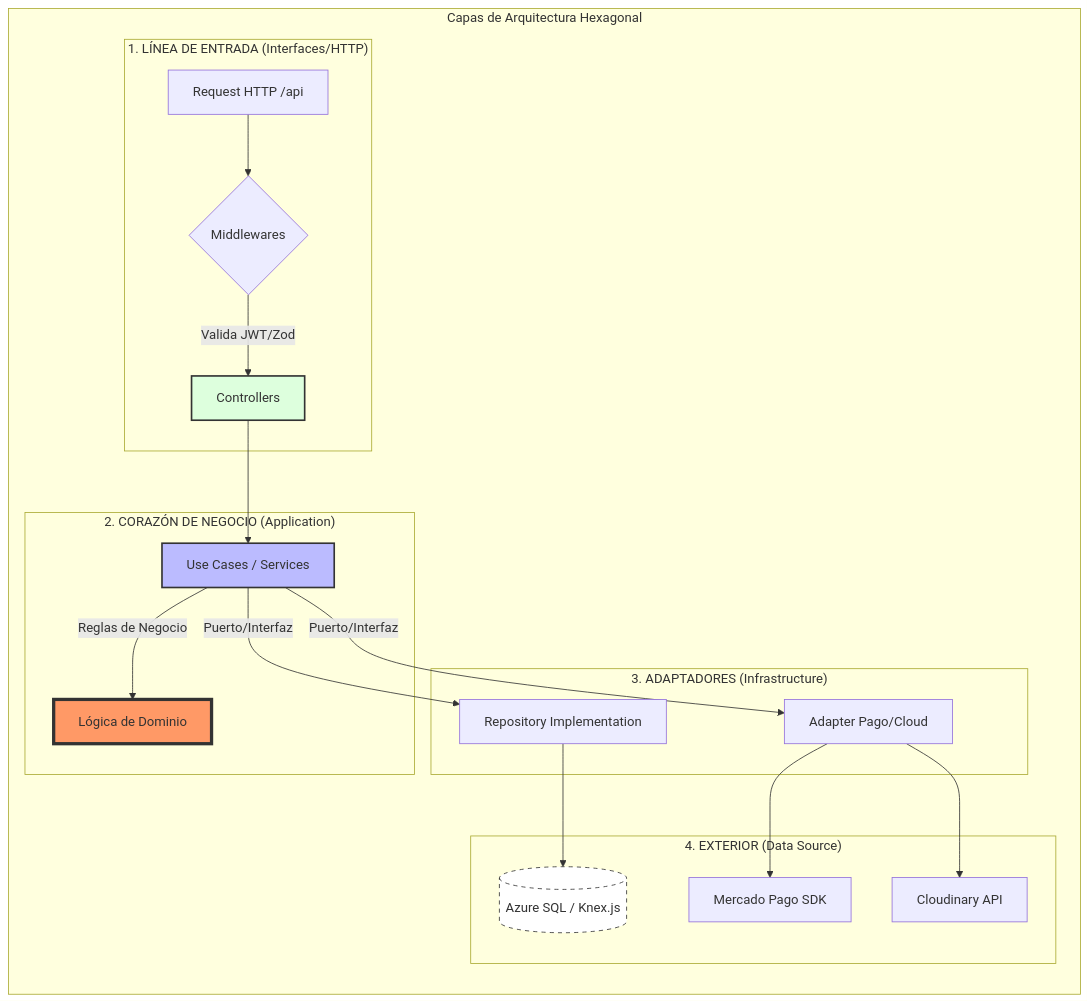
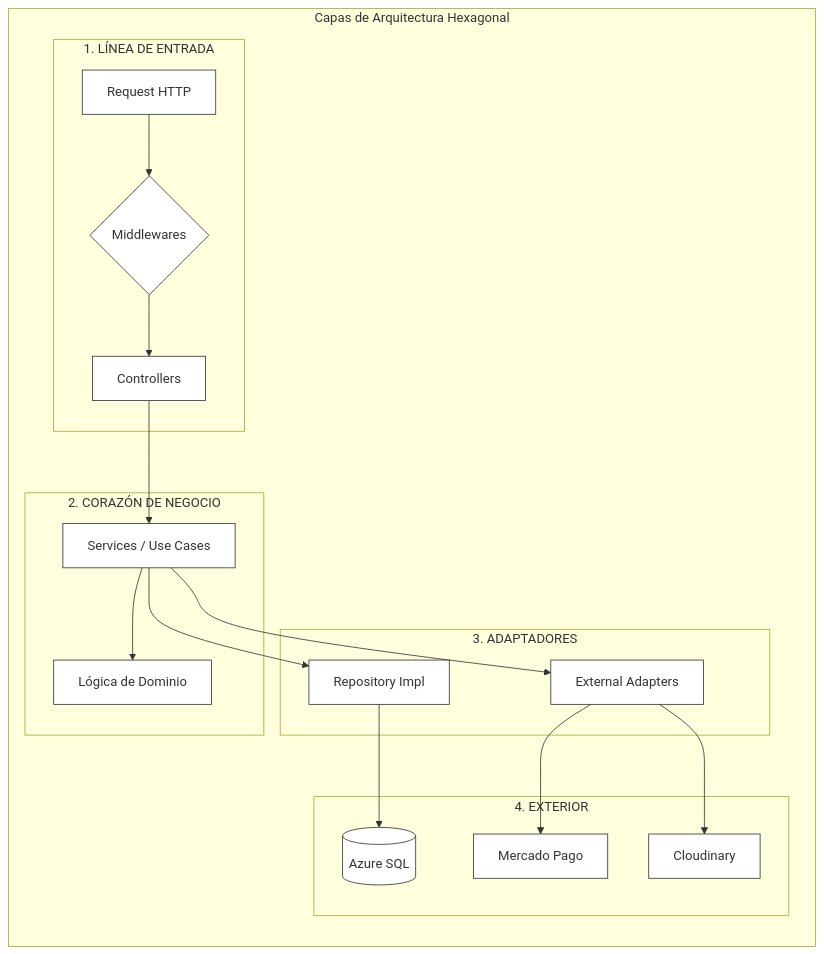
Before and after one commit to floatinggxx/FadeBooker: the diagram in Documentación/Material complementario/Diagrama_Arquitectura_Hexagonal.md, drawn with Mermaid. The commit also changed 59 other files, not shown here.

Commit message:
9.9. Fix: Corrección de sintaxis Mermaid en diagrama de arquitectura

````diff
--- a/Documentación/Material complementario/Diagrama_Arquitectura_Hexagonal.md
+++ b/Documentación/Material complementario/Diagrama_Arquitectura_Hexagonal.md
@@ -5,32 +5,32 @@
 ```mermaid
 graph TD
-    subgraph "Capas de Arquitectura Hexagonal"
+    subgraph Capas_de_Arquitectura_Hexagonal [Capas de Arquitectura Hexagonal]
         direction TB
 
-        subgraph "1. LÍNEA DE ENTRADA (Interfaces/HTTP)"
-            A[Request HTTP /api] --> B{Middlewares}
-            B -- Valida JWT/Zod --> C[Controllers]
+        subgraph Entrada [1. LÍNEA DE ENTRADA]
+            A[Request HTTP] --> B{Middlewares}
+            B --> C[Controllers]
         end
 
-        subgraph "2. CORAZÓN DE NEGOCIO (Application)"
-            C --> D[Use Cases / Services]
-            D -- Reglas de Negocio --> E[Lógica de Dominio]
+        subgraph Application [2. CORAZÓN DE NEGOCIO]
+            C --> D[Services / Use Cases]
+            D --> E[Lógica de Dominio]
         end
 
-        subgraph "3. ADAPTADORES (Infrastructure)"
-            D -- Puerto/Interfaz --> F[Repository Implementation]
-            D -- Puerto/Interfaz --> G[Adapter Pago/Cloud]
+        subgraph Infrastructure [3. ADAPTADORES]
+            D --> F[Repository Impl]
+            D --> G[External Adapters]
         end
 
-        subgraph "4. EXTERIOR (Data Source)"
-            F --> H[(Azure SQL / Knex.js)]
-            G --> I[Mercado Pago SDK]
-            G --> J[Cloudinary API]
+        subgraph Data_Source [4. EXTERIOR]
+            F --> H[(Azure SQL)]
+            G --> I[Mercado Pago]
+            G --> J[Cloudinary]
         end
     end
 
-    style E fill:#f96,stroke:#333,stroke-width:4px
-    style D fill:#bbf,stroke:#333,stroke-width:2px
-    style C fill:#dfd,stroke:#333,stroke-width:2px
-    style H fill:#fff,stroke:#333,stroke-dasharray: 5 5
+    classDef default fill:#fff,stroke:#333,stroke-width:1px;
+    class E fill:#f96,stroke:#333,stroke-width:4px;
+    class D fill:#bbf,stroke:#333,stroke-width:2px;
+    class C fill:#dfd,stroke:#333,stroke-width:2px;
 ```
````
